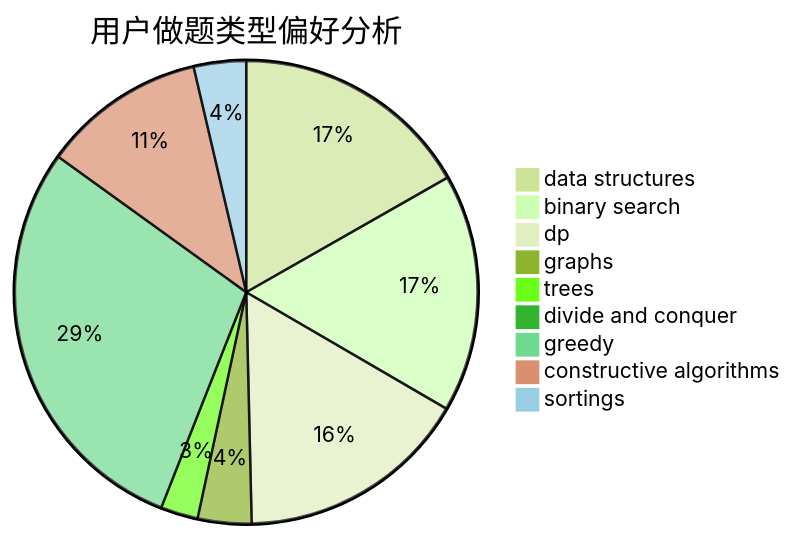
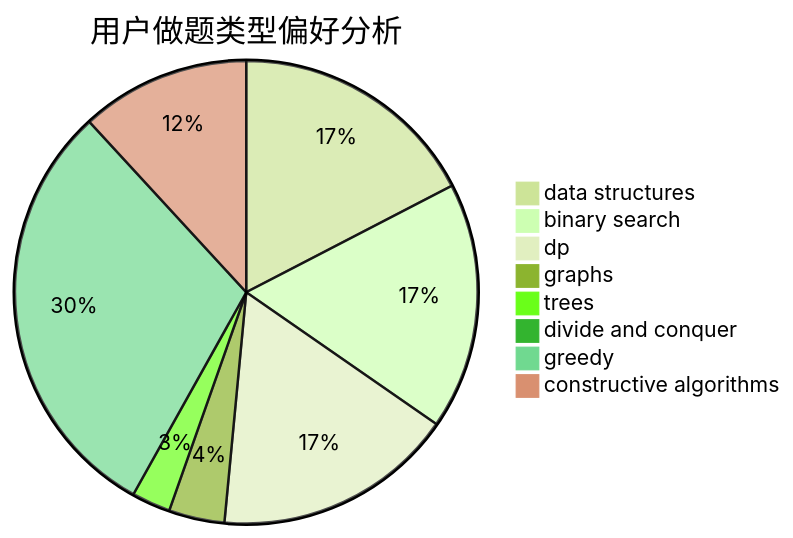
The second of 3 diagrams in docs/user/u662.md (sherpahu/cfrs.github.io), drawn with Mermaid (forest theme) before and after one commit. The commit also changed other lines of this file and 2769 other files, not shown here.

````diff
--- a/docs/user/u662.md
+++ b/docs/user/u662.md
@@ -18,12 +18,11 @@
 ```mermaid
 pie title 用户做题类型偏好分析
     "data structures" :  514
     "binary search" :  510
     "dp" :  498
     "graphs" :  115
     "trees" :  80
     "divide and conquer" :  9
     "greedy" :  888
     "constructive algorithms" :  350
-    "sortings" :  112
 ```
````
